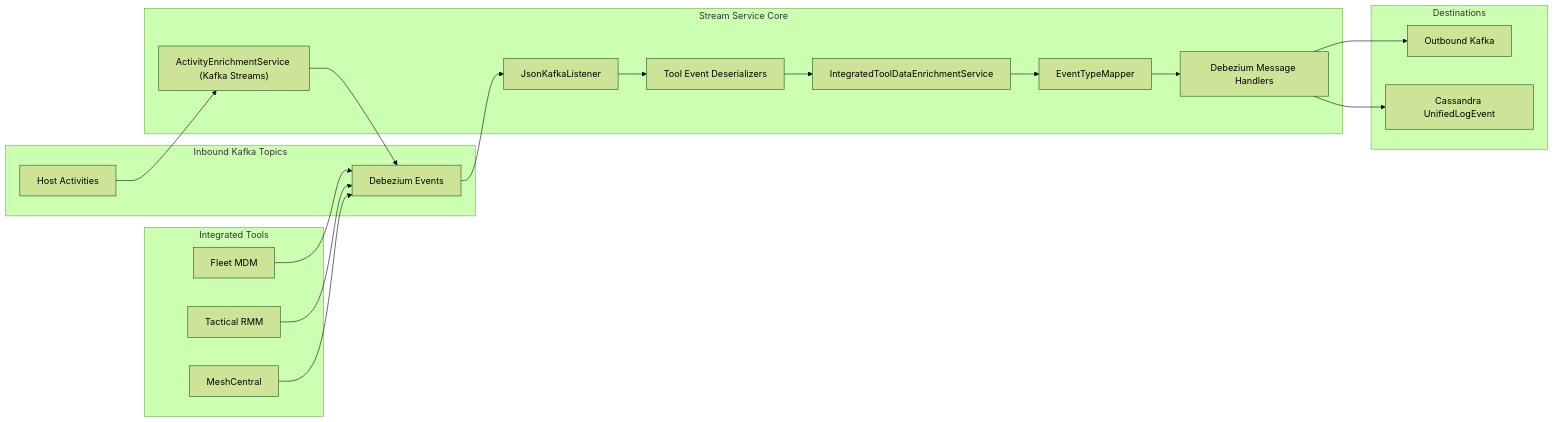
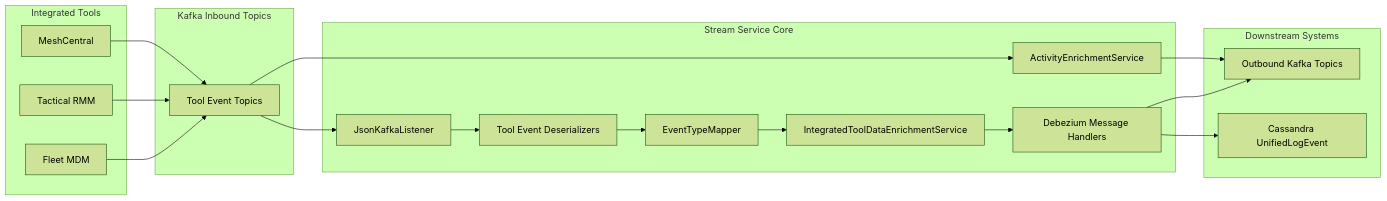
Before and after one commit to Praesto-Pro/openframe-oss-tenant: the first of 6 diagrams in docs/architecture/stream-service-core/stream-service-core.md, drawn with Mermaid (forest theme). The commit also changed other lines of this file and 174 other files, not shown here.

````diff
--- a/docs/architecture/stream-service-core/stream-service-core.md
+++ b/docs/architecture/stream-service-core/stream-service-core.md
@@ -23,43 +13,41 @@
 ```mermaid
 flowchart LR
-    subgraph integrated_tools["Integrated Tools"]
+    subgraph tools["Integrated Tools"]
         Fleet["Fleet MDM"]
         Tactical["Tactical RMM"]
         Mesh["MeshCentral"]
     end
 
-    subgraph kafka_inbound["Inbound Kafka Topics"]
-        InboundEvents["Debezium Events"]
-        HostActivities["Host Activities"]
+    subgraph ingestion["Kafka Inbound Topics"]
+        InTopics["Tool Event Topics"]
     end
 
-    subgraph stream_core["Stream Service Core"]
+    subgraph streamcore["Stream Service Core"]
         Listener["JsonKafkaListener"]
-        Deserializers["Tool Event Deserializers"]
+        Deserializer["Tool Event Deserializers"]
+        Mapper["EventTypeMapper"]
         Enrichment["IntegratedToolDataEnrichmentService"]
-        Mapper["EventTypeMapper"]
         Handlers["Debezium Message Handlers"]
-        Streams["ActivityEnrichmentService (Kafka Streams)"]
+        Streams["ActivityEnrichmentService"]
     end
 
-    subgraph destinations["Destinations"]
-        KafkaOut["Outbound Kafka"]
+    subgraph downstream["Downstream Systems"]
+        KafkaOut["Outbound Kafka Topics"]
         Cassandra["Cassandra UnifiedLogEvent"]
     end
 
-    Fleet --> InboundEvents
-    Tactical --> InboundEvents
-    Mesh --> InboundEvents
+    Fleet --> InTopics
+    Tactical --> InTopics
+    Mesh --> InTopics
 
-    InboundEvents --> Listener
-    Listener --> Deserializers
-    Deserializers --> Enrichment
-    Enrichment --> Mapper
-    Mapper --> Handlers
-
+    InTopics --> Listener
+    Listener --> Deserializer
+    Deserializer --> Mapper
+    Mapper --> Enrichment
+    Enrichment --> Handlers
     Handlers --> KafkaOut
     Handlers --> Cassandra
 
-    HostActivities --> Streams
-    Streams --> InboundEvents
+    InTopics --> Streams
+    Streams --> KafkaOut
 ```
````
